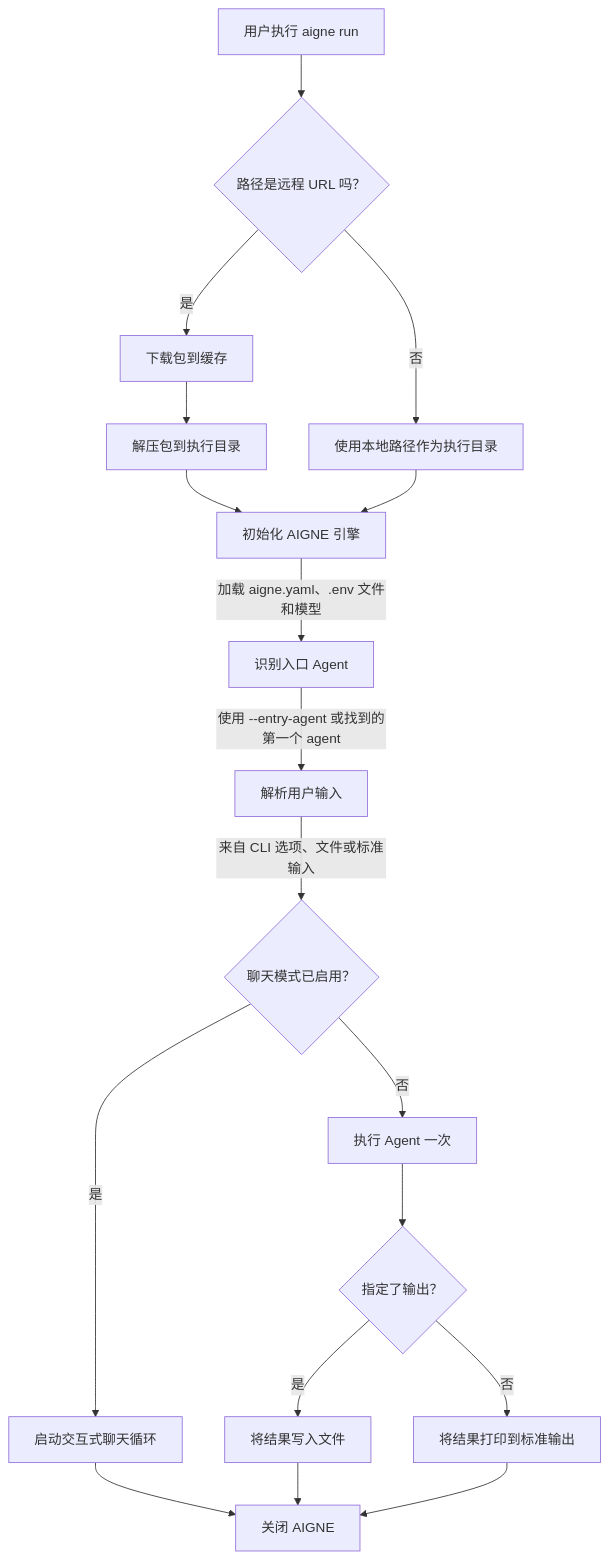
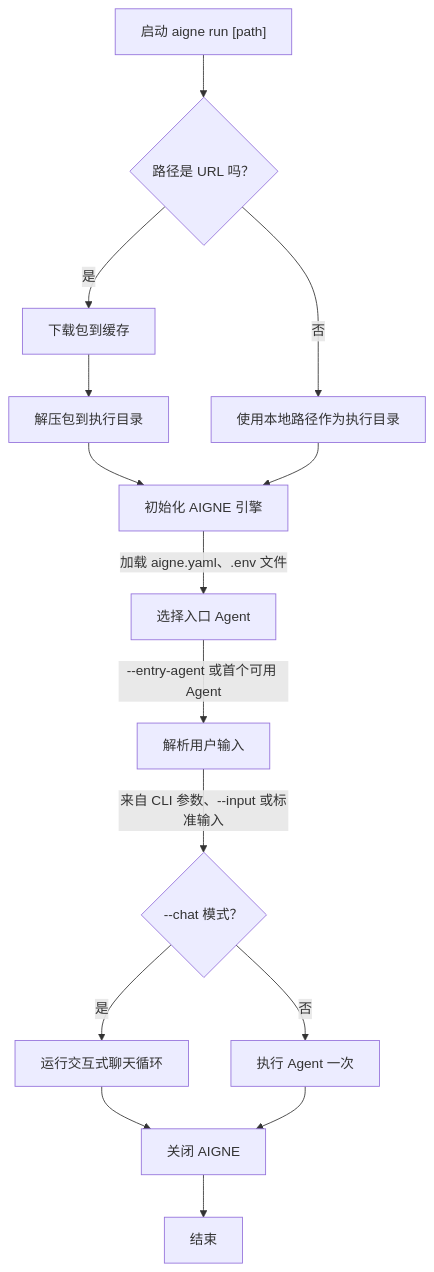
The diagram in packages/cli/docs/command-reference-run.zh.md (AIGNE-io/aigne-framework), drawn with Mermaid before and after one commit. The commit also changed other lines of this file and 24 other files, not shown here.

````diff
--- a/packages/cli/docs/command-reference-run.zh.md
+++ b/packages/cli/docs/command-reference-run.zh.md
@@ -32,20 +32,17 @@
 ```mermaid
 flowchart TD
-    A["用户执行 aigne run"] --> B{"路径是远程 URL 吗？"};
+    A["启动 aigne run [path]"] --> B{"路径是 URL 吗？"};
     B -- "是" --> C["下载包到缓存"];
     C --> D["解压包到执行目录"];
     B -- "否" --> E["使用本地路径作为执行目录"];
     D --> F["初始化 AIGNE 引擎"];
     E --> F;
-    F -- "加载 aigne.yaml、.env 文件和模型" --> G["识别入口 Agent"];
-    G -- "使用 --entry-agent 或找到的第一个 agent" --> H["解析用户输入"];
-    H -- "来自 CLI 选项、文件或标准输入" --> I{"聊天模式已启用？"};
-    I -- "是" --> J["启动交互式聊天循环"];
+    F -- "加载 aigne.yaml、.env 文件" --> G["选择入口 Agent"];
+    G -- "--entry-agent 或首个可用 Agent" --> H["解析用户输入"];
+    H -- "来自 CLI 参数、--input 或标准输入" --> I{"--chat 模式？"};
+    I -- "是" --> J["运行交互式聊天循环"];
     I -- "否" --> K["执行 Agent 一次"];
     J --> L["关闭 AIGNE"];
-    K --> M{"指定了输出？"};
-    M -- "是" --> N["将结果写入文件"];
-    M -- "否" --> O["将结果打印到标准输出"];
-    N --> L;
-    O --> L;
+    K --> L;
+    L --> M["结束"];
 ```
````
